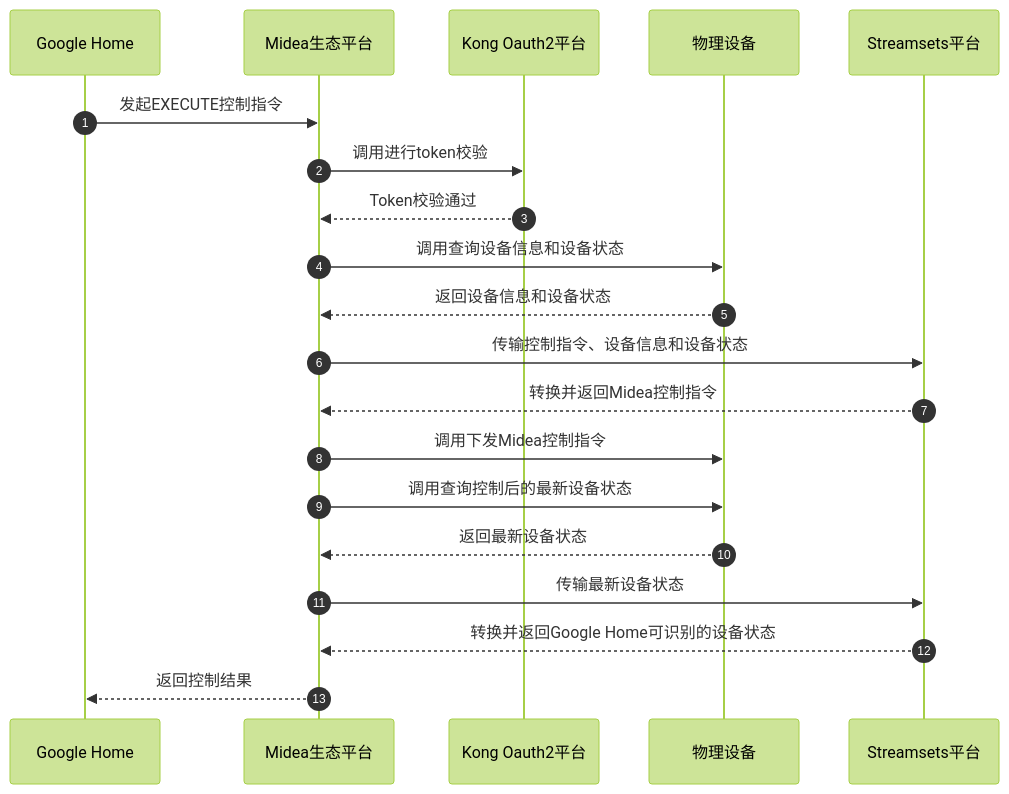
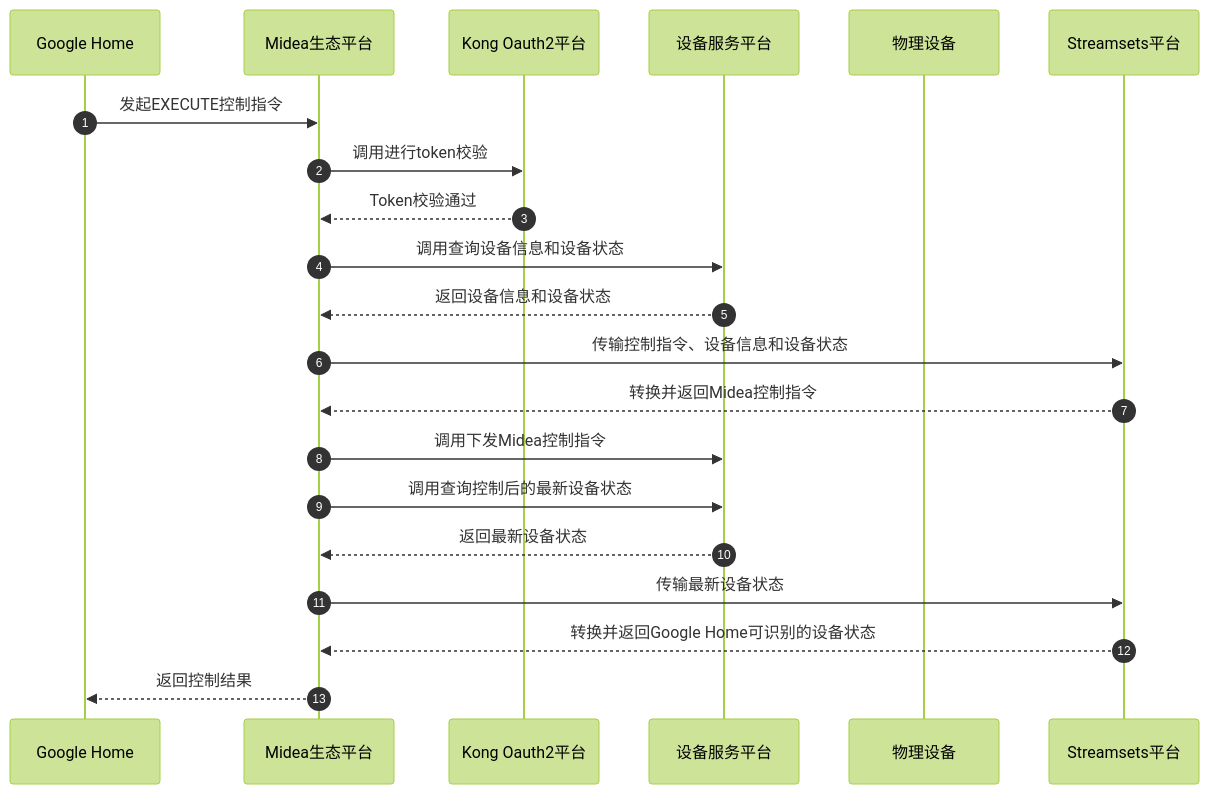
The diagram in all/未命名-19.md (ixiaoyang8/iodraw-files), drawn with Mermaid (forest theme) before and after one commit.

Commit message:
2026-06-11 11:14:46 update

````diff
--- a/all/未命名-19.md
+++ b/all/未命名-19.md
@@ -1,25 +1,25 @@
 ```mermaid
 sequenceDiagram
     autonumber
     participant GoogleHome as Google Home
     participant MideaEco as Midea生态平台
     participant KongOAuth as Kong Oauth2平台
     participant DevService as 设备服务平台
-    participant DevService as 物理设备
+    participant Dev as 物理设备
     participant Streamsets as Streamsets平台
 
     GoogleHome->>MideaEco: 发起EXECUTE控制指令
     MideaEco->>KongOAuth: 调用进行token校验
     KongOAuth-->>MideaEco: Token校验通过
     MideaEco->>DevService: 调用查询设备信息和设备状态
     DevService-->>MideaEco: 返回设备信息和设备状态
     MideaEco->>Streamsets: 传输控制指令、设备信息和设备状态
     Streamsets-->>MideaEco: 转换并返回Midea控制指令
     MideaEco->>DevService: 调用下发Midea控制指令
     MideaEco->>DevService: 调用查询控制后的最新设备状态
     DevService-->>MideaEco: 返回最新设备状态
     MideaEco->>Streamsets: 传输最新设备状态
     Streamsets-->>MideaEco: 转换并返回Google Home可识别的设备状态
     MideaEco-->>GoogleHome: 返回控制结果
 
 ```
````
